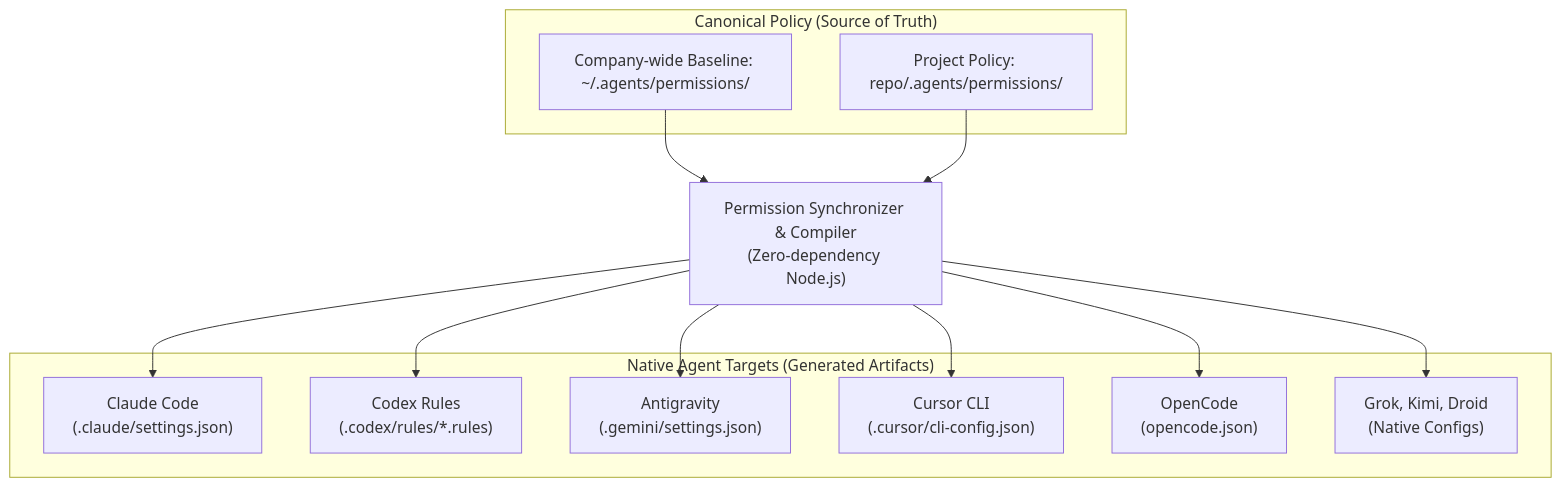
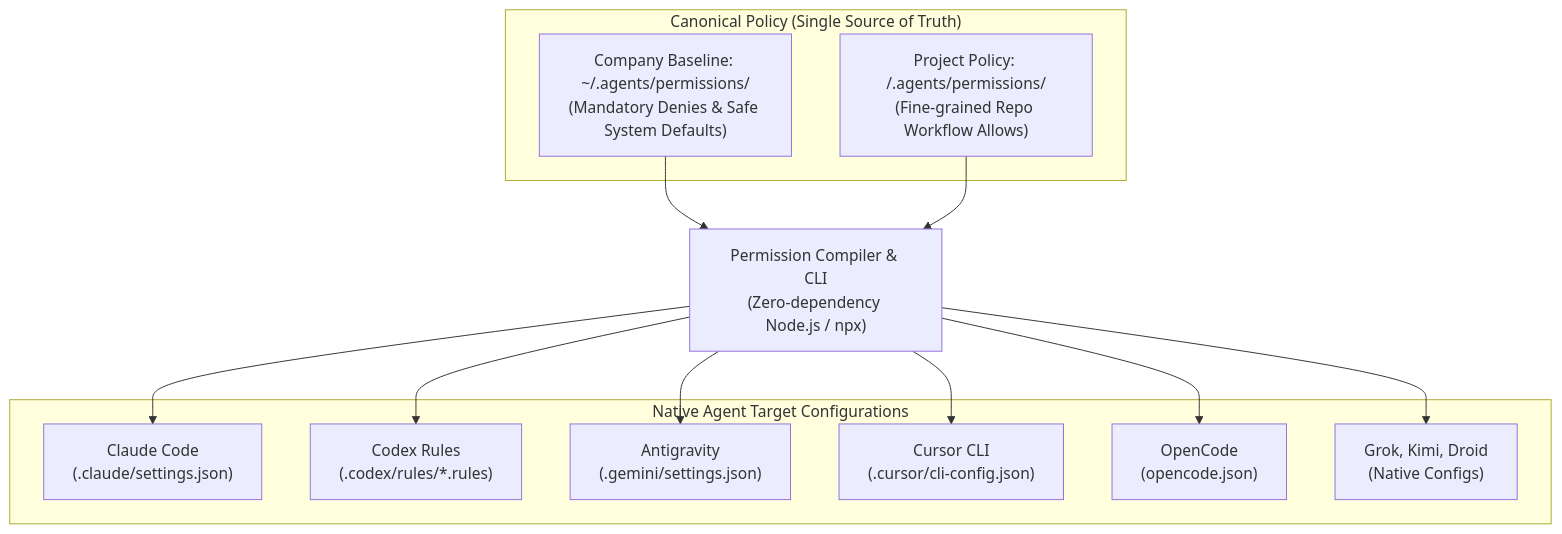
Before and after one commit to klcd/agent-cli-permissions: the first of 2 diagrams in README.md, drawn with Mermaid. The commit also changed other lines of this file and 14 other files, not shown here.

Commit message:
refactor: rename scripts to src and document problem, two-tier architecture, and security model in README

````diff
--- a/README.md
+++ b/README.md
@@ -9,28 +46,28 @@
 ```mermaid
 flowchart TD
-    subgraph CanonicalPolicy ["Canonical Policy (Source of Truth)"]
-        Baseline["Company-wide Baseline: ~/.agents/permissions/"]
-        Project["Project Policy: repo/.agents/permissions/"]
+    subgraph CanonicalPolicy ["Canonical Policy (Single Source of Truth)"]
+        Baseline["Company Baseline: ~/.agents/permissions/\n(Mandatory Denies & Safe System Defaults)"]
+        Project["Project Policy: <repo>/.agents/permissions/\n(Fine-grained Repo Workflow Allows)"]
     end
 
-    Compiler["Permission Synchronizer & Compiler\n(Zero-dependency Node.js)"]
+    Compiler["Permission Compiler & CLI\n(Zero-dependency Node.js / npx)"]
 
     Baseline --> Compiler
     Project --> Compiler
 
-    subgraph NativeTargets ["Native Agent Targets (Generated Artifacts)"]
+    subgraph NativeTargets ["Native Agent Target Configurations"]
         Claude["Claude Code\n(.claude/settings.json)"]
         Codex["Codex Rules\n(.codex/rules/*.rules)"]
         Antigravity["Antigravity\n(.gemini/settings.json)"]
         Cursor["Cursor CLI\n(.cursor/cli-config.json)"]
         OpenCode["OpenCode\n(opencode.json)"]
         Others["Grok, Kimi, Droid\n(Native Configs)"]
     end
 
     Compiler --> Claude
     Compiler --> Codex
     Compiler --> Antigravity
     Compiler --> Cursor
     Compiler --> OpenCode
     Compiler --> Others
 ```
````
